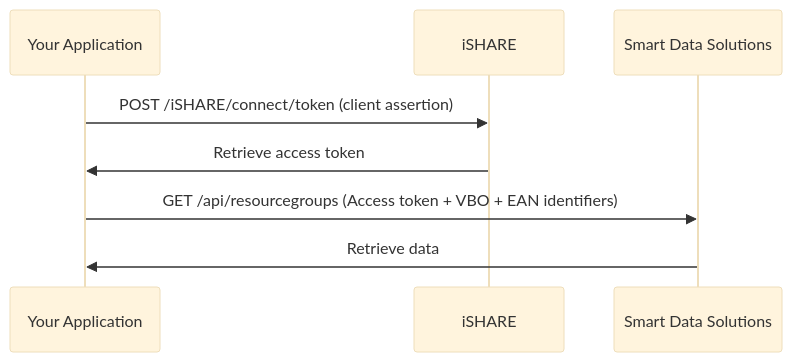
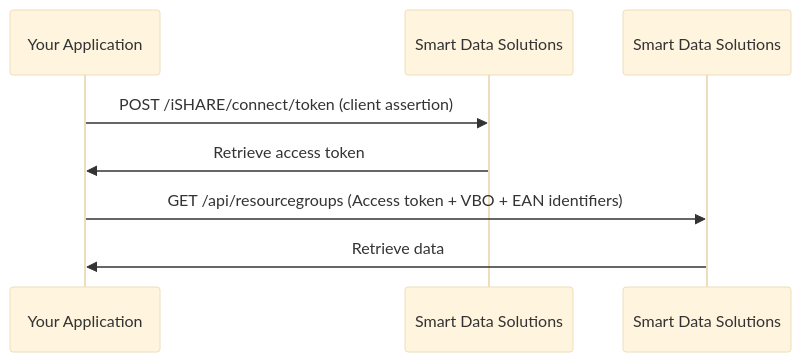
The diagram in dvu/sds-data-retrieval.md (POORT8/Poort8.Docs), drawn with Mermaid (base theme) before and after one commit. The commit also changed other lines of this file and 1 other file, not shown here.

Commit message:
Deploy dvu docs: d0f941652d24f790d725d4336b70039ebc249eed

````diff
--- a/dvu/sds-data-retrieval.md
+++ b/dvu/sds-data-retrieval.md
@@ -9,10 +11,10 @@
 ```mermaid
 sequenceDiagram
     participant App as Your Application
-    participant Assertor as iSHARE
+    participant DVU as Smart Data Solutions
     participant SDS as Smart Data Solutions
-    App->>Assertor: POST /iSHARE/connect/token (client assertion)
-    Assertor->>App: Retrieve access token
+    App->>DVU: POST /iSHARE/connect/token (client assertion)
+    DVU->>App: Retrieve access token
     App->>SDS: GET /api/resourcegroups (Access token + VBO + EAN identifiers)
     SDS->>App: Retrieve data
 ```
````
